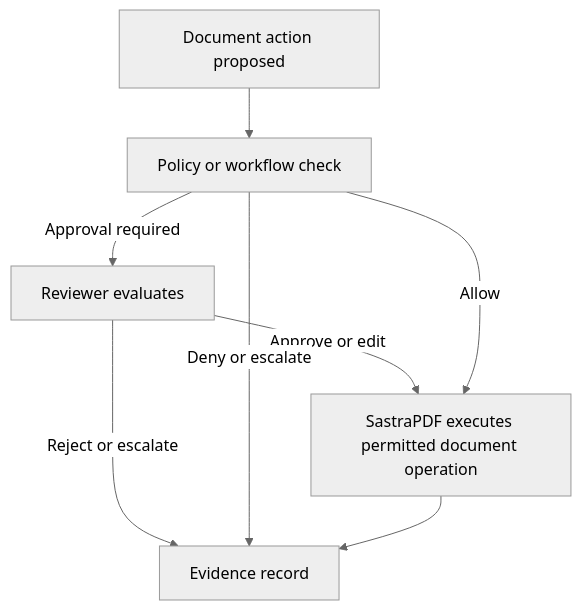
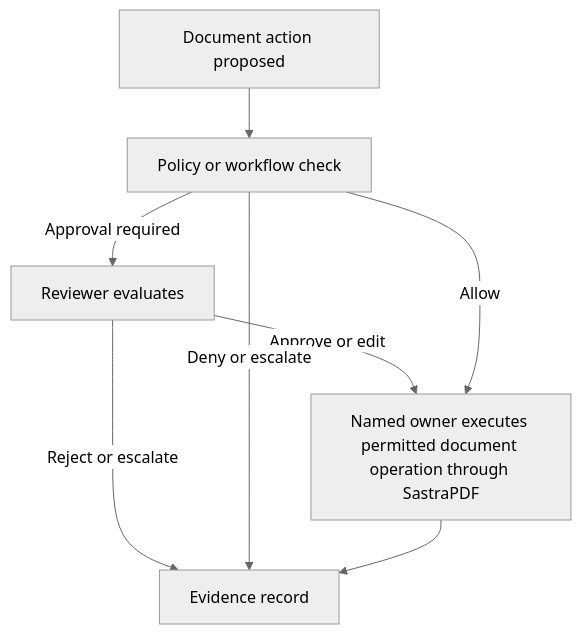
Before and after one commit to sastra-innovations/sastrapdf-public-docs: the diagram in docs/collaboration/approvals-and-accountability.md, drawn with Mermaid (neutral theme). The commit also changed other lines of this file and 13 other files, not shown here.

````diff
--- a/docs/collaboration/approvals-and-accountability.md
+++ b/docs/collaboration/approvals-and-accountability.md
@@ -22,10 +22,10 @@
 ```mermaid
 flowchart TD
   Draft["Document action proposed"] --> Policy["Policy or workflow check"]
   Policy -->|Approval required| Reviewer["Reviewer evaluates"]
-  Reviewer -->|Approve or edit| Execute["SastraPDF executes permitted document operation"]
+  Reviewer -->|Approve or edit| Execute["Named owner executes permitted document operation through SastraPDF"]
   Reviewer -->|Reject or escalate| Evidence["Evidence record"]
   Policy -->|Allow| Execute
   Policy -->|Deny or escalate| Evidence
   Execute --> Evidence
 ```
````
